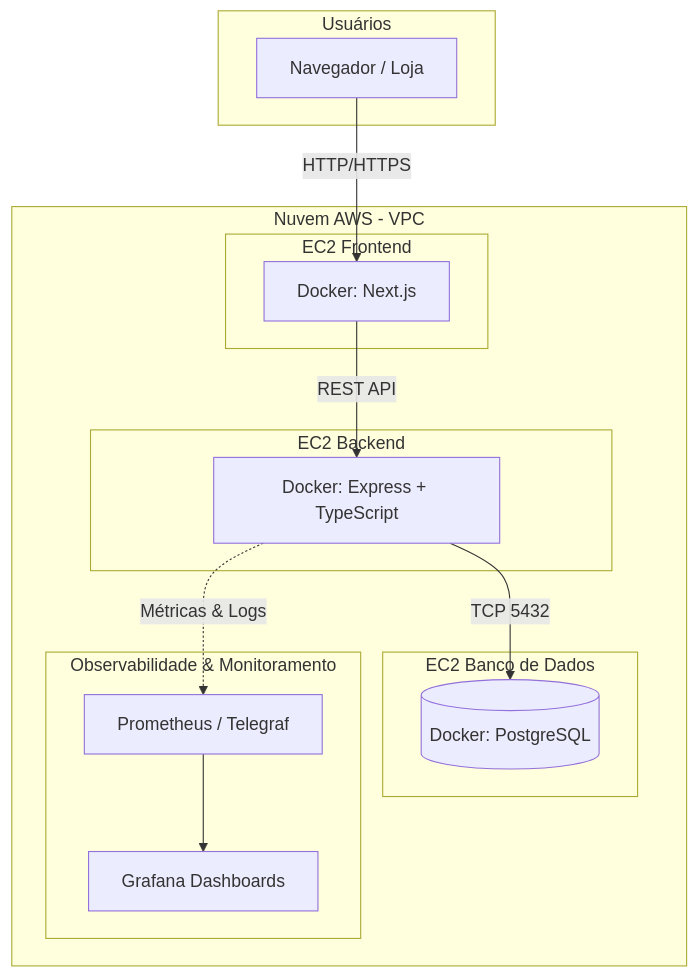
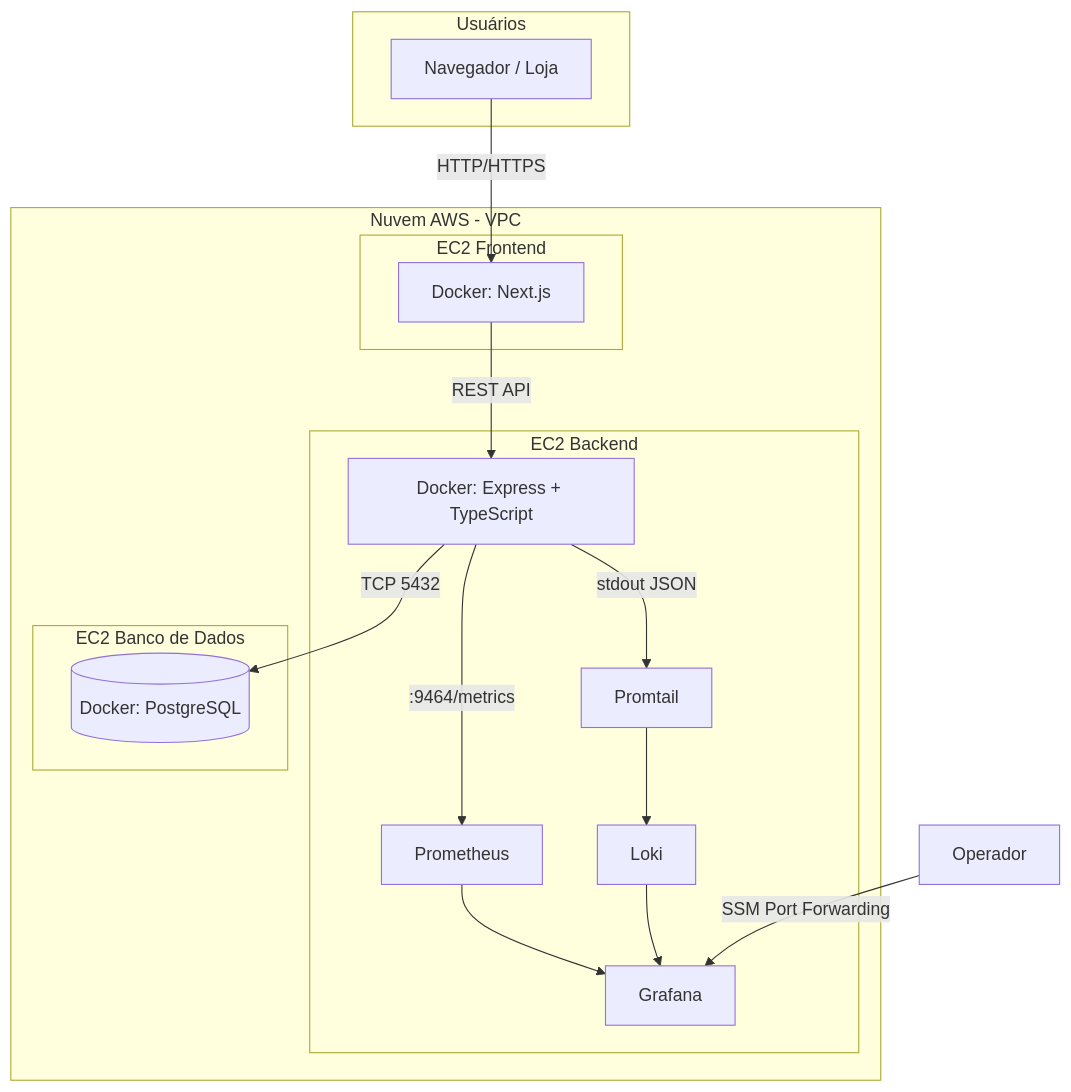
The diagram in docs/arquitetura/README.md (webdevmatias/cloudops-lab), drawn with Mermaid before and after one commit. The commit also changed other lines of this file and 32 other files, not shown here.

Commit message:
feat: implementa observabilidade com Prometheus, Grafana, Loki e Promtail

````diff
--- a/docs/arquitetura/README.md
+++ b/docs/arquitetura/README.md
@@ -21,31 +22,34 @@
 ```mermaid
 flowchart TD
     subgraph Usuários
         User[Navegador / Loja]
     end
 
     subgraph AWS [Nuvem AWS - VPC]
         subgraph EC2_Front [EC2 Frontend]
             Frontend[Docker: Next.js]
         end
 
         subgraph EC2_Back [EC2 Backend]
             Backend[Docker: Express + TypeScript]
+            Prometheus[Prometheus]
+            Grafana[Grafana]
+            Loki[Loki]
+            Promtail[Promtail]
         end
 
         subgraph EC2_DB [EC2 Banco de Dados]
             Database[(Docker: PostgreSQL)]
-        end
-
-        subgraph Telemetria [Observabilidade & Monitoramento]
-            Prometheus[Prometheus / Telegraf]
-            Grafana[Grafana Dashboards]
         end
     end
 
     User -->|HTTP/HTTPS| Frontend
     Frontend -->|REST API| Backend
     Backend -->|TCP 5432| Database
-    Backend -.->|Métricas & Logs| Prometheus
+    Backend -->|:9464/metrics| Prometheus
+    Backend -->|stdout JSON| Promtail
+    Promtail --> Loki
     Prometheus --> Grafana
+    Loki --> Grafana
+    Ops[Operador] -->|SSM Port Forwarding| Grafana
 ```
````
